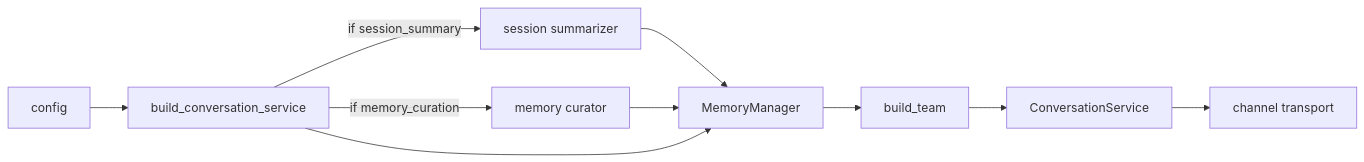
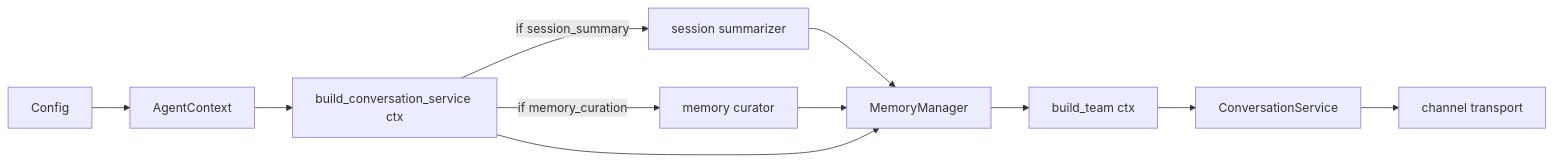
The second of 5 diagrams in docs/architecture.md (carneirofc/magi-ai-assistant), drawn with Mermaid before and after one commit. The commit also changed other lines of this file and 62 other files, not shown here.

````diff
--- a/docs/architecture.md
+++ b/docs/architecture.md
@@ -100,12 +104,13 @@
 ```mermaid
 flowchart LR
-    CFG[config] --> BOOT[build_conversation_service]
+    CFG[Config] --> CTX[AgentContext]
+    CTX --> BOOT[build_conversation_service ctx]
     BOOT -->|if session_summary| SUM[session summarizer]
     BOOT -->|if memory_curation| CUR[memory curator]
     SUM --> MEM[MemoryManager]
     CUR --> MEM
     BOOT --> MEM
-    MEM --> TEAM[build_team]
+    MEM --> TEAM[build_team ctx]
     TEAM --> CS[ConversationService]
     CS --> CH[channel transport]
 ```
````
